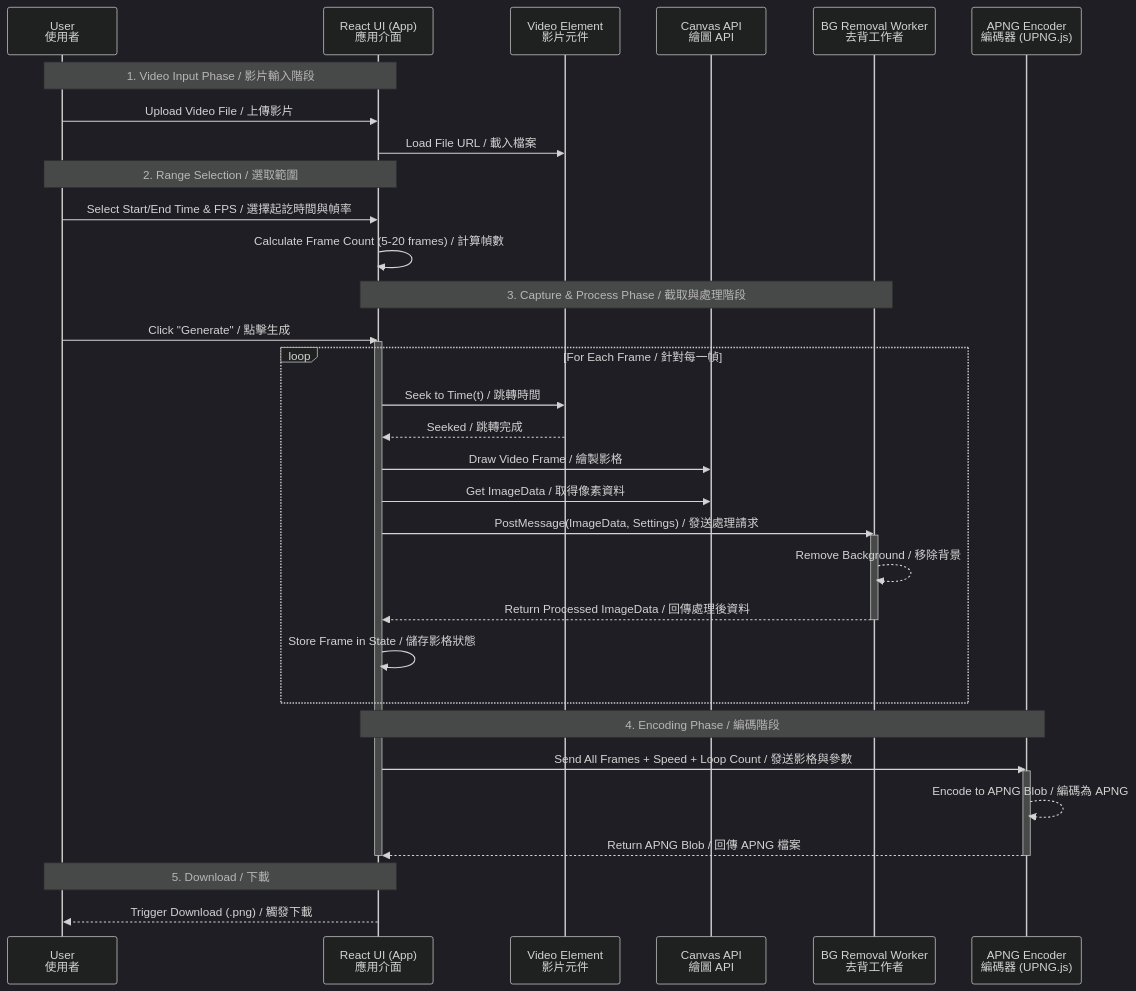
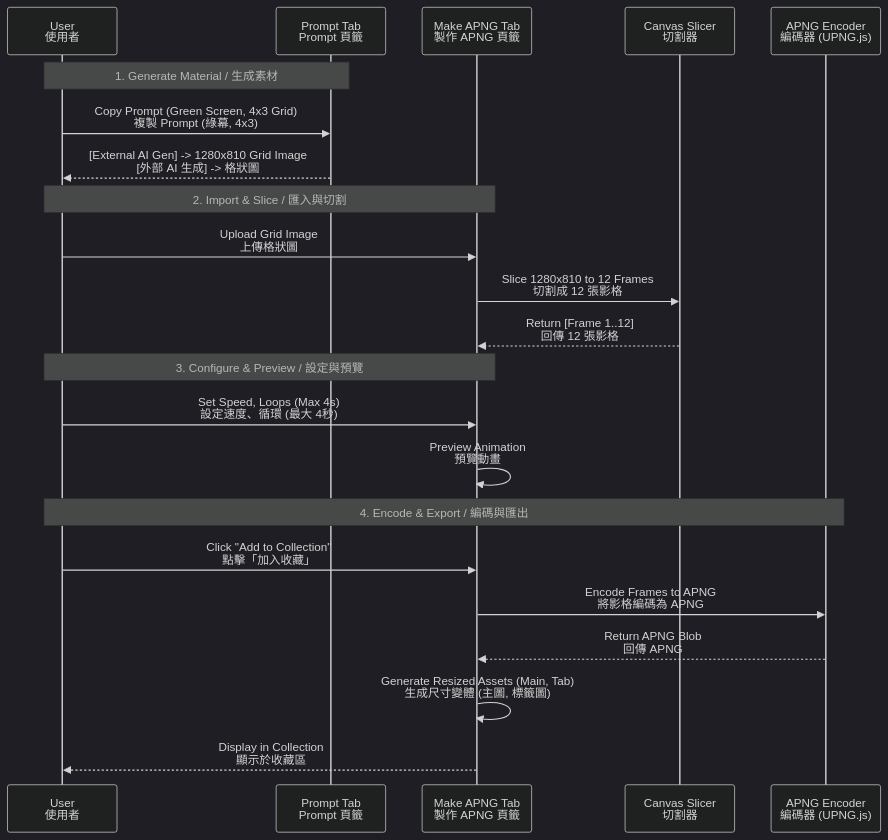
Before and after one commit to casper2323/LineStickerTool: the diagram in _help/implementation_plan_v4.md, drawn with Mermaid (dark theme). The commit also changed other lines of this file and 7 other files, not shown here.

````diff
--- a/_help/implementation_plan_v4.md
+++ b/_help/implementation_plan_v4.md
@@ -21,44 +41,28 @@
 ```mermaid
 sequenceDiagram
     participant User as User<br/>使用者
-    participant UI as React UI (App)<br/>應用介面
-    participant Video as Video Element<br/>影片元件
-    participant Canvas as Canvas API<br/>繪圖 API
-    participant Worker as BG Removal Worker<br/>去背工作者
+    participant Prompt as Prompt Tab<br/>Prompt 頁籤
+    participant Maker as Make APNG Tab<br/>製作 APNG 頁籤
+    participant Canvas as Canvas Slicer<br/>切割器
     participant Encoder as APNG Encoder<br/>編碼器 (UPNG.js)
 
-    Note over User, UI: 1. Video Input Phase / 影片輸入階段
-    User->>UI: Upload Video File / 上傳影片
-    UI->>Video: Load File URL / 載入檔案
+    Note over User, Prompt: 1. Generate Material / 生成素材
+    User->>Prompt: Copy Prompt (Green Screen, 4x3 Grid)<br/>複製 Prompt (綠幕, 4x3)
+    Prompt-->>User: [External AI Gen] -> 1280x810 Grid Image<br/>[外部 AI 生成] -> 格狀圖
 
-    Note over User, UI: 2. Range Selection / 選取範圍
-    User->>UI: Select Start/End Time & FPS / 選擇起訖時間與幀率
-    UI->>UI: Calculate Frame Count (5-20 frames) / 計算幀數
+    Note over User, Maker: 2. Import & Slice / 匯入與切割
+    User->>Maker: Upload Grid Image<br/>上傳格狀圖
+    Maker->>Canvas: Slice 1280x810 to 12 Frames<br/>切割成 12 張影格
+    Canvas-->>Maker: Return [Frame 1..12]<br/>回傳 12 張影格
 
-    Note over UI, Worker: 3. Capture & Process Phase / 截取與處理階段
-    User->>UI: Click "Generate" / 點擊生成
-    activate UI
-    loop For Each Frame / 針對每一幀
-        UI->>Video: Seek to Time(t) / 跳轉時間
-        Video-->>UI: Seeked / 跳轉完成
-        UI->>Canvas: Draw Video Frame / 繪製影格
-        UI->>Canvas: Get ImageData / 取得像素資料
-        UI->>Worker: PostMessage(ImageData, Settings) / 發送處理請求
-        activate Worker
-        Worker-->>Worker: Remove Background / 移除背景
-        Worker-->>UI: Return Processed ImageData / 回傳處理後資料
-        deactivate Worker
-        UI->>UI: Store Frame in State / 儲存影格狀態
-    end
+    Note over User, Maker: 3. Configure & Preview / 設定與預覽
+    User->>Maker: Set Speed, Loops (Max 4s)<br/>設定速度、循環 (最大 4秒)
+    Maker->>Maker: Preview Animation<br/>預覽動畫
 
-    Note over UI, Encoder: 4. Encoding Phase / 編碼階段
-    UI->>Encoder: Send All Frames + Speed + Loop Count / 發送影格與參數
-    activate Encoder
-    Encoder-->>Encoder: Encode to APNG Blob / 編碼為 APNG
-    Encoder-->>UI: Return APNG Blob / 回傳 APNG 檔案
-    deactivate Encoder
-    deactivate UI
-
-    Note over User, UI: 5. Download / 下載
-    UI-->>User: Trigger Download (.png) / 觸發下載
+    Note over User, Encoder: 4. Encode & Export / 編碼與匯出
+    User->>Maker: Click "Add to Collection"<br/>點擊「加入收藏」
+    Maker->>Encoder: Encode Frames to APNG<br/>將影格編碼為 APNG
+    Encoder-->>Maker: Return APNG Blob<br/>回傳 APNG
+    Maker->>Maker: Generate Resized Assets (Main, Tab)<br/>生成尺寸變體 (主圖, 標籤圖)
+    Maker-->>User: Display in Collection<br/>顯示於收藏區
 ```
````
